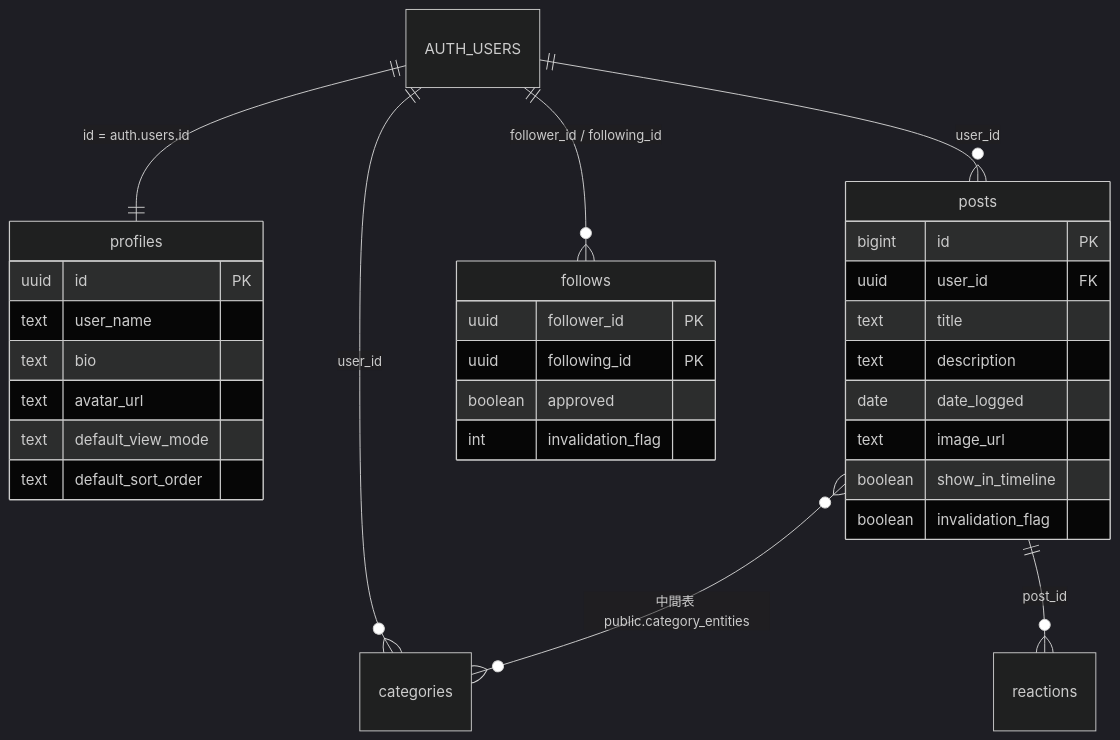
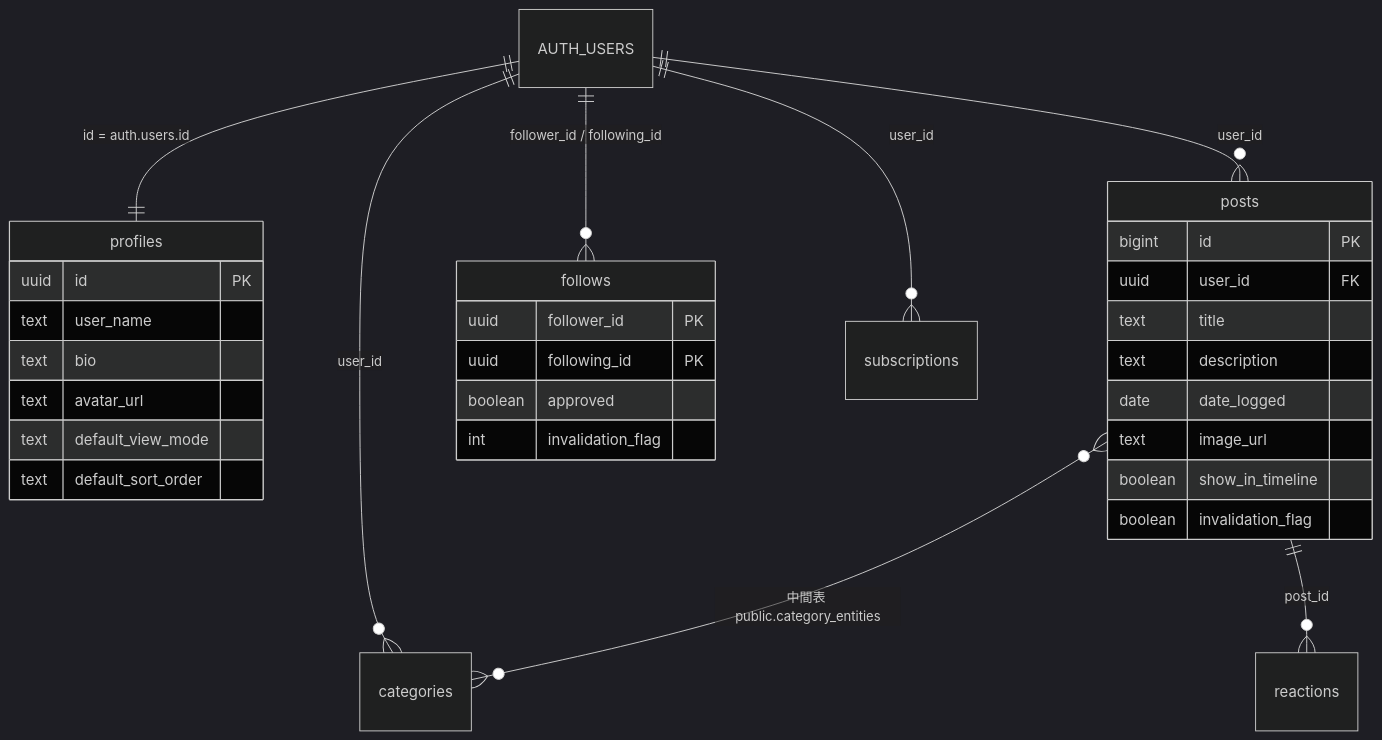
Before and after one commit to kyota1210/DaiB-app2026: the third of 3 diagrams in docs/アプリケーション仕様書.md, drawn with Mermaid (dark theme). The commit also changed other lines of this file and 15 other files, not shown here.

````diff
--- a/docs/アプリケーション仕様書.md
+++ b/docs/アプリケーション仕様書.md
@@ -101,33 +103,34 @@
 ```mermaid
 erDiagram
   AUTH_USERS ||--|| profiles : "id = auth.users.id"
   AUTH_USERS ||--o{ posts : "user_id"
   AUTH_USERS ||--o{ categories : "user_id"
   AUTH_USERS ||--o{ follows : "follower_id / following_id"
+  AUTH_USERS ||--o{ subscriptions : "user_id"
   posts }o--o{ categories : "中間表 public.category_entities"
   posts ||--o{ reactions : "post_id"
   profiles {
     uuid id PK
     text user_name
     text bio
     text avatar_url
     text default_view_mode
     text default_sort_order
   }
   posts {
     bigint id PK
     uuid user_id FK
     text title
     text description
     date date_logged
     text image_url
     boolean show_in_timeline
     boolean invalidation_flag
   }
   follows {
     uuid follower_id PK
     uuid following_id PK
     boolean approved
     int invalidation_flag
   }
 ```
````
